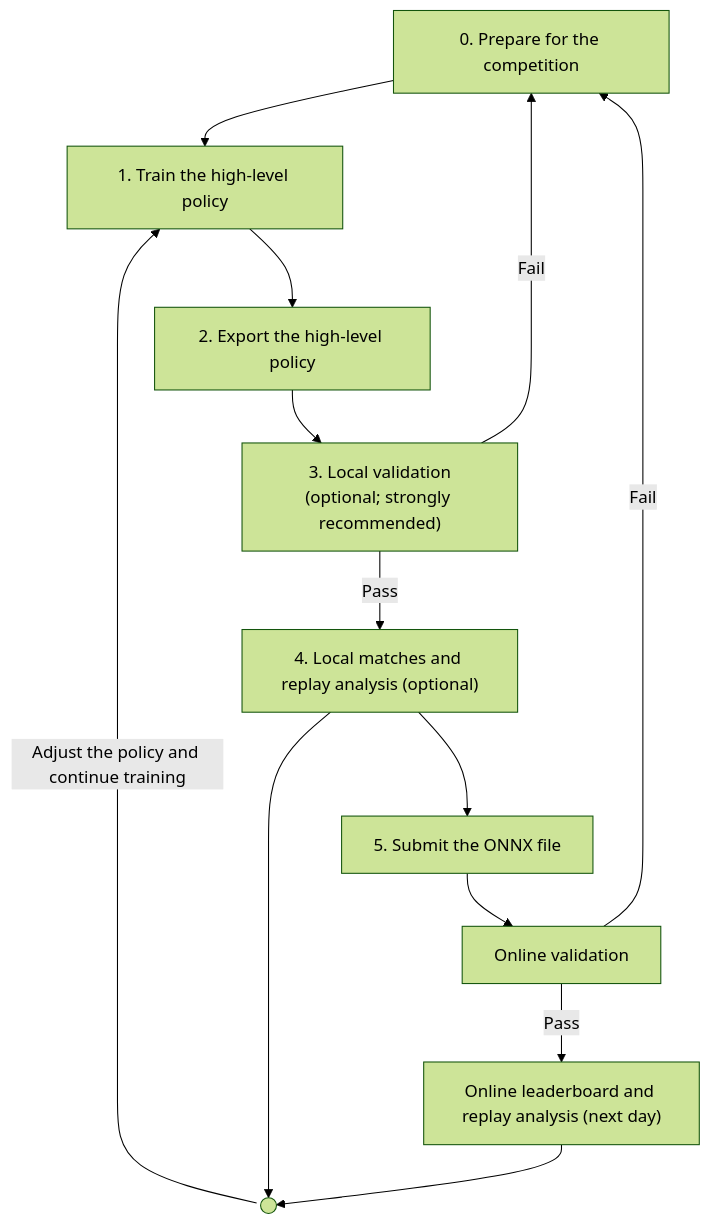
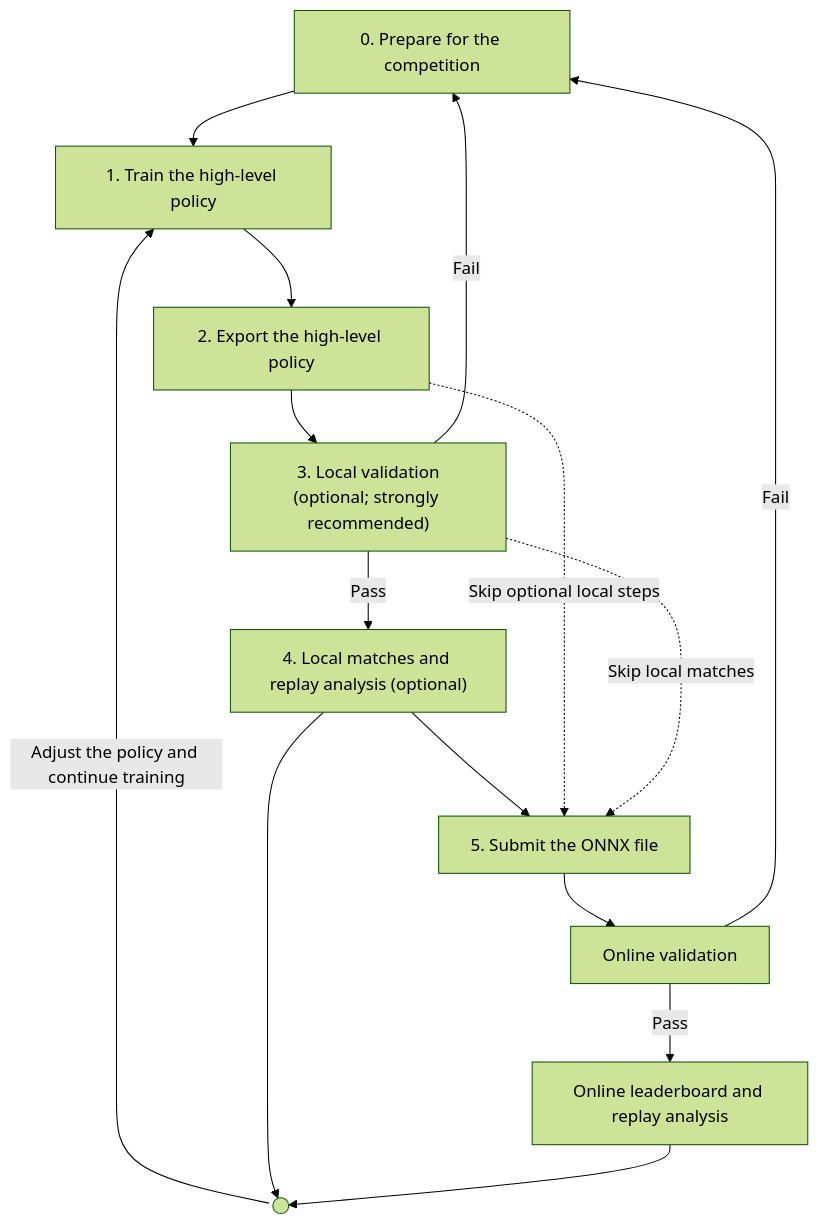
Before and after one commit to HorizonRobotics/HoloMotion: the second of 2 diagrams in holoboxing/README.md, drawn with Mermaid (forest theme). The commit also changed other lines of this file and 39 other files, not shown here.

````diff
--- a/holoboxing/README.md
+++ b/holoboxing/README.md
@@ -169,17 +232,19 @@
 ```mermaid
 flowchart TD
     Prep[0. Prepare for the competition] --> Train[1. Train the high-level policy]
     Train <-->|Adjust the policy and continue training| Feedback(( ))
     Train --> Export[2. Export the high-level policy]
     Export --> Check["3. Local validation<br/>(optional; strongly recommended)"]
     Check -->|Pass| Review["4. Local matches and replay analysis (optional)"]
     Check -->|Fail| Prep
     Review --> Feedback(( ))
     Review --> Submit[5. Submit the ONNX file]
+    Export -.->|Skip optional local steps| Submit
+    Check -.->|Skip local matches| Submit
     Submit --> Cloud[Online validation]
-    Cloud -->|Pass| Online["Online leaderboard and replay analysis (next day)"]
+    Cloud -->|Pass| Online["Online leaderboard and replay analysis"]
     Cloud -->|Fail| Prep
     Online --> Feedback
     %% Keep only the arrow pointing back to training.
     linkStyle 1 marker-end:none
 ```
````
